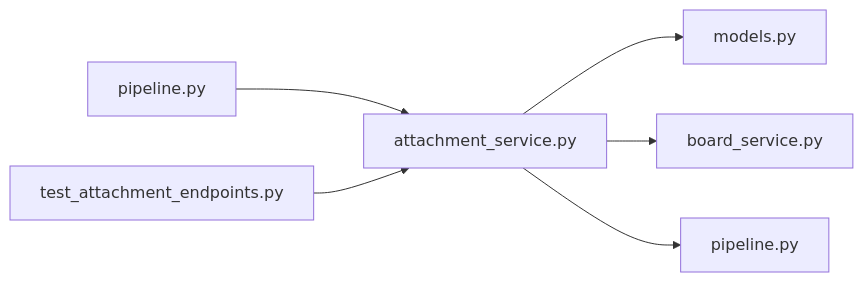
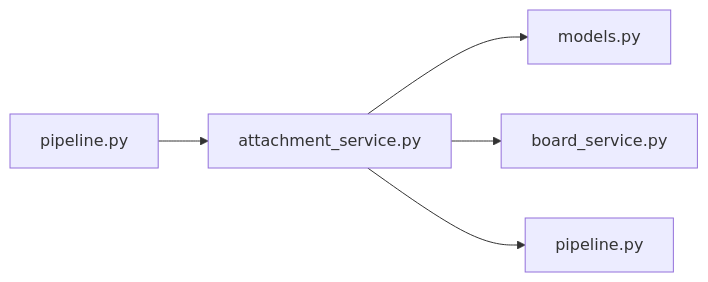
The diagram in .cluedoc/graph/backend/src/backend/services/board/attachment_service.md (minkong-dev/Banblit), drawn with Mermaid before and after one commit. The commit also changed other lines of this file and 50 other files, not shown here.

````diff
--- a/.cluedoc/graph/backend/src/backend/services/board/attachment_service.md
+++ b/.cluedoc/graph/backend/src/backend/services/board/attachment_service.md
@@ -10,9 +10,8 @@
 ```mermaid
 flowchart LR
   backend_src_backend_services_board_attachment_service["attachment_service.py"]
   backend_src_backend_services_board_attachment_service --> backend_src_backend_db_models["models.py"]
   backend_src_backend_services_board_attachment_service --> backend_src_backend_services_board_board_service["board_service.py"]
   backend_src_backend_services_board_attachment_service --> backend_src_backend_services_storage_pipeline["pipeline.py"]
   backend_src_backend_services_board_pipeline["pipeline.py"] --> backend_src_backend_services_board_attachment_service
-  backend_tests_integration_db_test_attachment_endpoints["test_attachment_endpoints.py"] --> backend_src_backend_services_board_attachment_service
 ```
````
